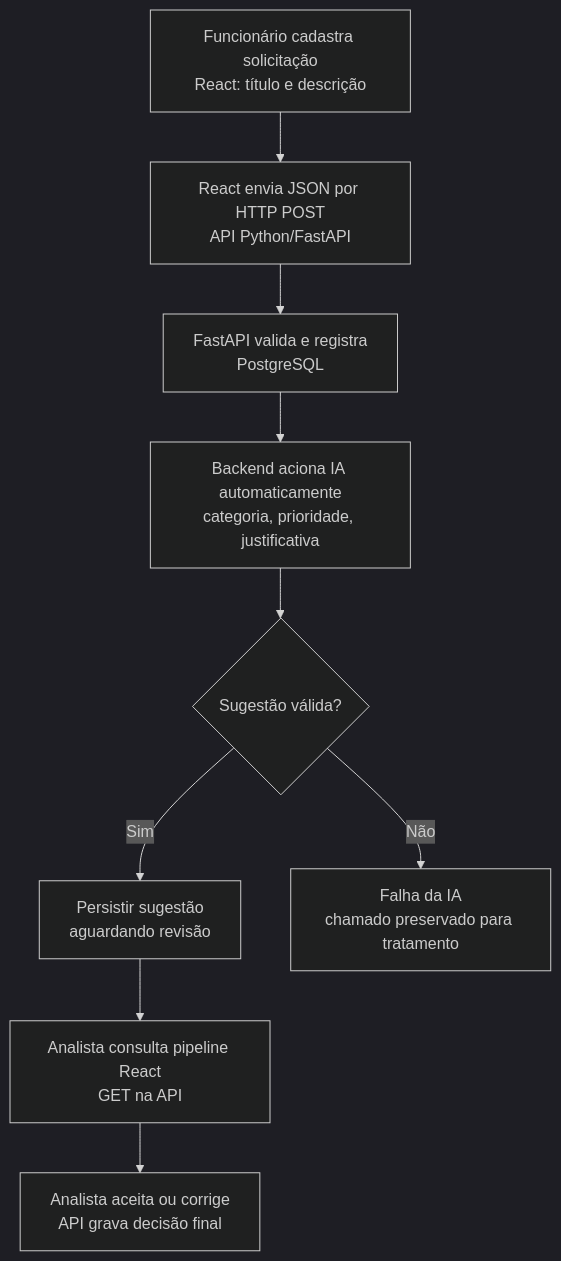
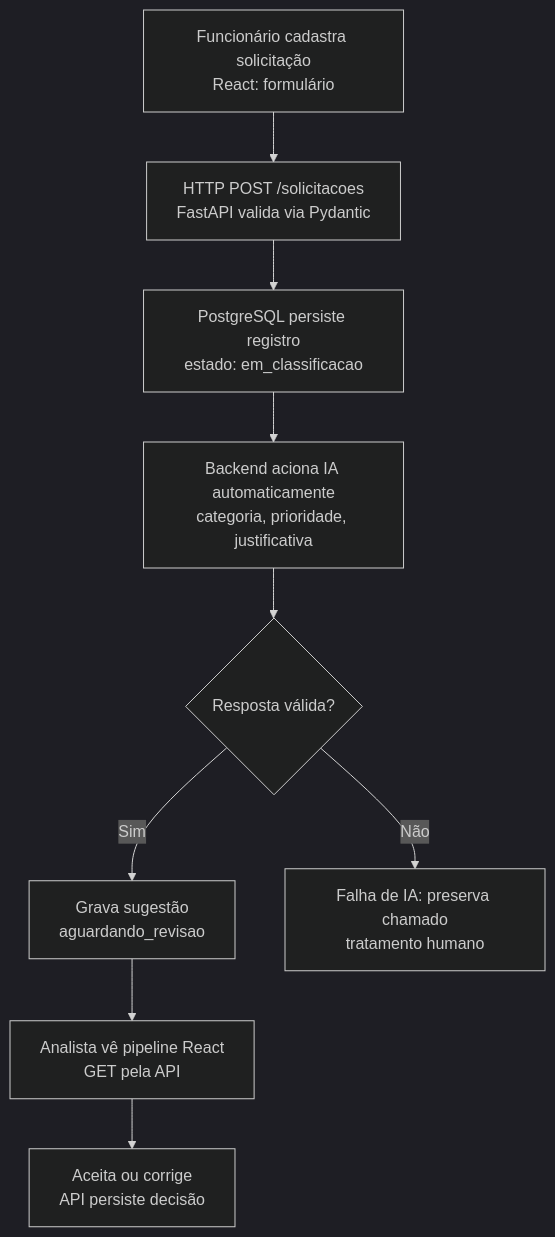
The diagram in docs/PLANO_DE_ESTUDOS_E_DICAS.md (waldirevora/ai-request-classifier), drawn with Mermaid (dark theme) before and after one commit. The commit also changed other lines of this file and 2 other files, not shown here.

````diff
--- a/docs/PLANO_DE_ESTUDOS_E_DICAS.md
+++ b/docs/PLANO_DE_ESTUDOS_E_DICAS.md
@@ -14,15 +14,15 @@
 ```mermaid
 flowchart TD
-    A["Funcionário cadastra solicitação<br/>React: título e descrição"]
-    B["React envia JSON por HTTP POST<br/>API Python/FastAPI"]
-    C["FastAPI valida e registra<br/>PostgreSQL"]
+    A["Funcionário cadastra solicitação<br/>React: formulário"]
+    B["HTTP POST /solicitacoes<br/>FastAPI valida via Pydantic"]
+    C["PostgreSQL persiste registro<br/>estado: em_classificacao"]
     D["Backend aciona IA automaticamente<br/>categoria, prioridade, justificativa"]
-    E{"Sugestão válida?"}
-    F["Persistir sugestão<br/>aguardando revisão"]
-    G["Analista consulta pipeline React<br/>GET na API"]
-    H["Analista aceita ou corrige<br/>API grava decisão final"]
-    I["Falha da IA<br/>chamado preservado para tratamento"]
+    E{Resposta válida?}
+    F["Grava sugestão<br/>aguardando_revisao"]
+    G["Analista vê pipeline React<br/>GET pela API"]
+    H["Aceita ou corrige<br/>API persiste decisão"]
+    I["Falha de IA: preserva chamado<br/>tratamento humano"]
     A --> B --> C --> D --> E
     E -->|Sim| F --> G --> H
     E -->|Não| I
 ```
````
